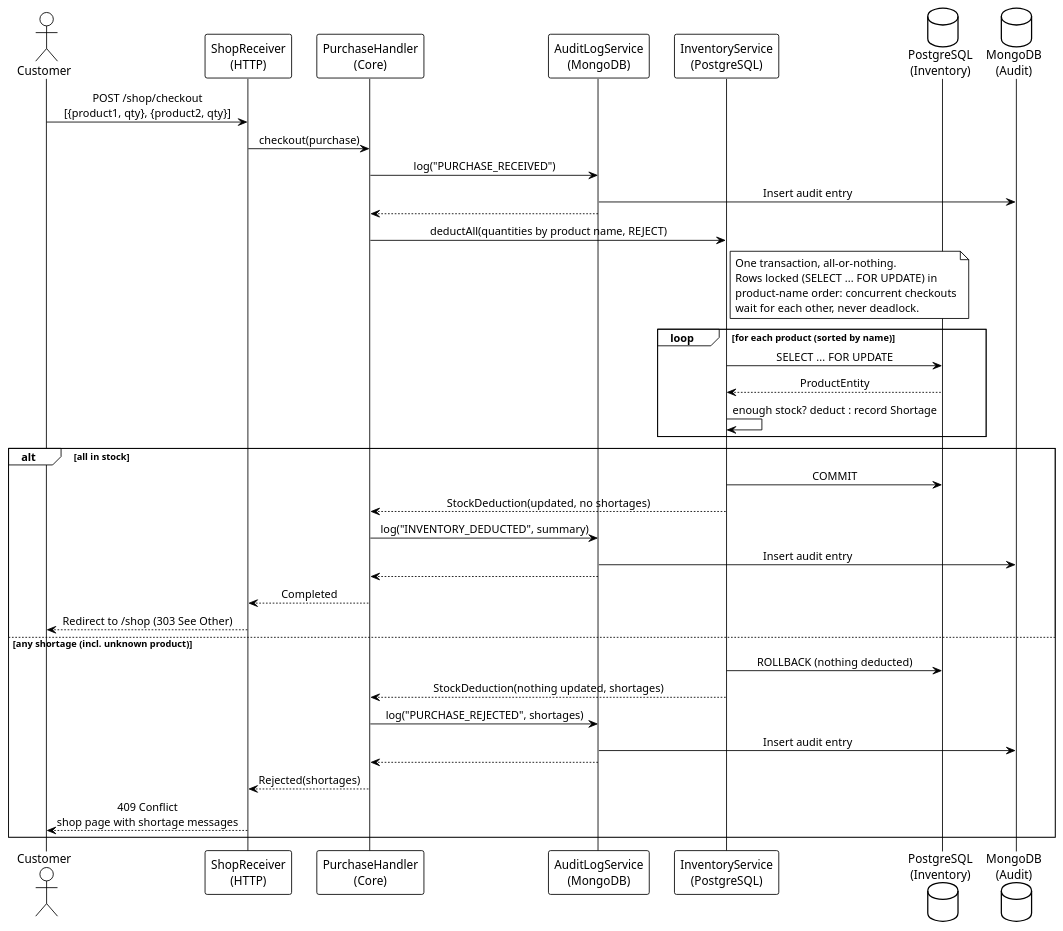
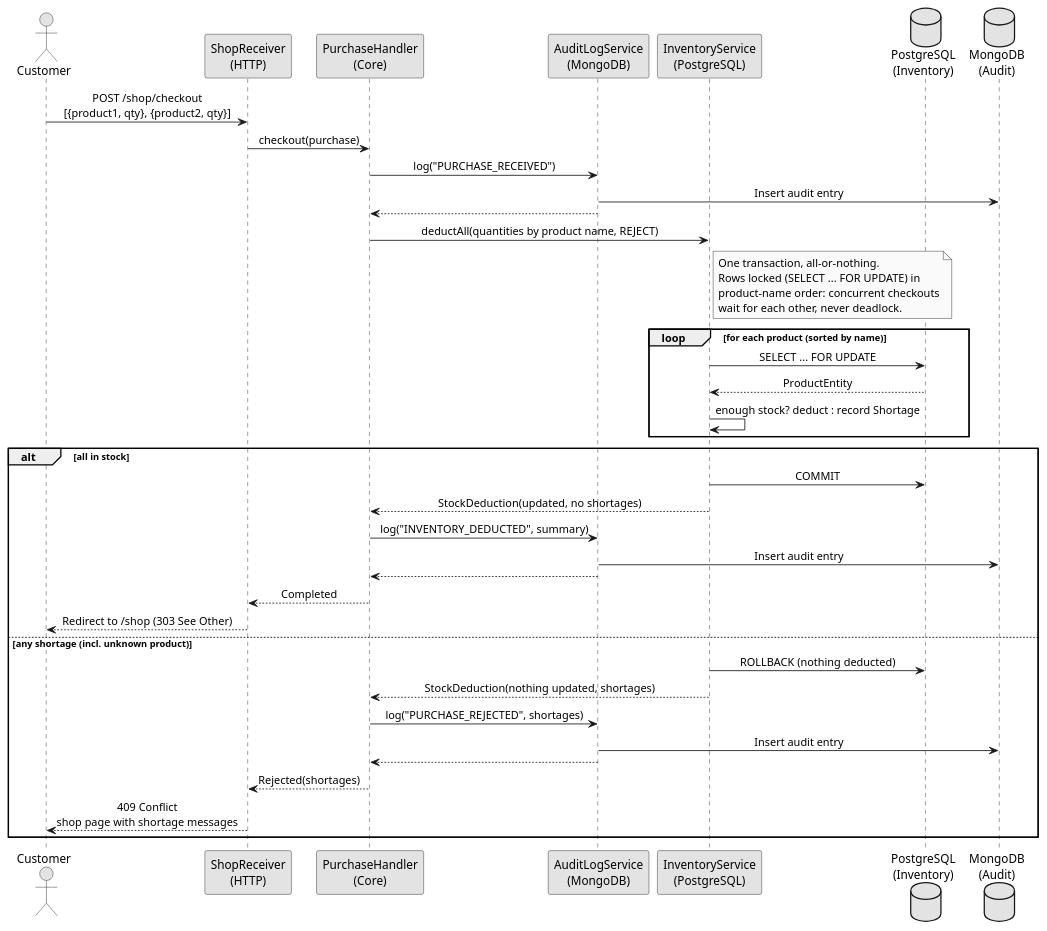
One commit to svene/2026-07-26_quarkus-hexagon-demo-mm-per-tech changed the diagram in docs/architecture/flows/shop-checkout.puml. Above: the diagram before and after it, drawn with PlantUML. The commit also changed 12 other files, not shown here.

```diff
--- a/docs/architecture/flows/shop-checkout.puml
+++ b/docs/architecture/flows/shop-checkout.puml
@@ -1,50 +1,50 @@
 @startuml shop_checkout
-!theme plain
+skinparam monochrome true
 skinparam sequenceMessageAlign center
 skinparam backgroundColor #ffffff
 
 actor "Customer" as user
 participant "ShopReceiver\n(HTTP)" as receiver
 participant "PurchaseHandler\n(Core)" as handler
 participant "AuditLogService\n(MongoDB)" as audit
 participant "InventoryService\n(PostgreSQL)" as inventory
 database "PostgreSQL\n(Inventory)" as db_inv
 database "MongoDB\n(Audit)" as db_audit
 
 user -> receiver: POST /shop/checkout\n[{product1, qty}, {product2, qty}]
 receiver -> handler: checkout(purchase)
 handler -> audit: log("PURCHASE_RECEIVED")
 audit -> db_audit: Insert audit entry
 audit --> handler
 
 handler -> inventory: deductAll(quantities by product name, REJECT)
 note right of inventory
   One transaction, all-or-nothing.
   Rows locked (SELECT ... FOR UPDATE) in
   product-name order: concurrent checkouts
   wait for each other, never deadlock.
 end note
 loop for each product (sorted by name)
   inventory -> db_inv: SELECT ... FOR UPDATE
   db_inv --> inventory: ProductEntity
   inventory -> inventory: enough stock? deduct : record Shortage
 end
 alt all in stock
   inventory -> db_inv: COMMIT
   inventory --> handler: StockDeduction(updated, no shortages)
   handler -> audit: log("INVENTORY_DEDUCTED", summary)
   audit -> db_audit: Insert audit entry
   audit --> handler
   handler --> receiver: Completed
   receiver --> user: Redirect to /shop (303 See Other)
 else any shortage (incl. unknown product)
   inventory -> db_inv: ROLLBACK (nothing deducted)
   inventory --> handler: StockDeduction(nothing updated, shortages)
   handler -> audit: log("PURCHASE_REJECTED", shortages)
   audit -> db_audit: Insert audit entry
   audit --> handler
   handler --> receiver: Rejected(shortages)
   receiver --> user: 409 Conflict\nshop page with shortage messages
 end
 
 @enduml
```
